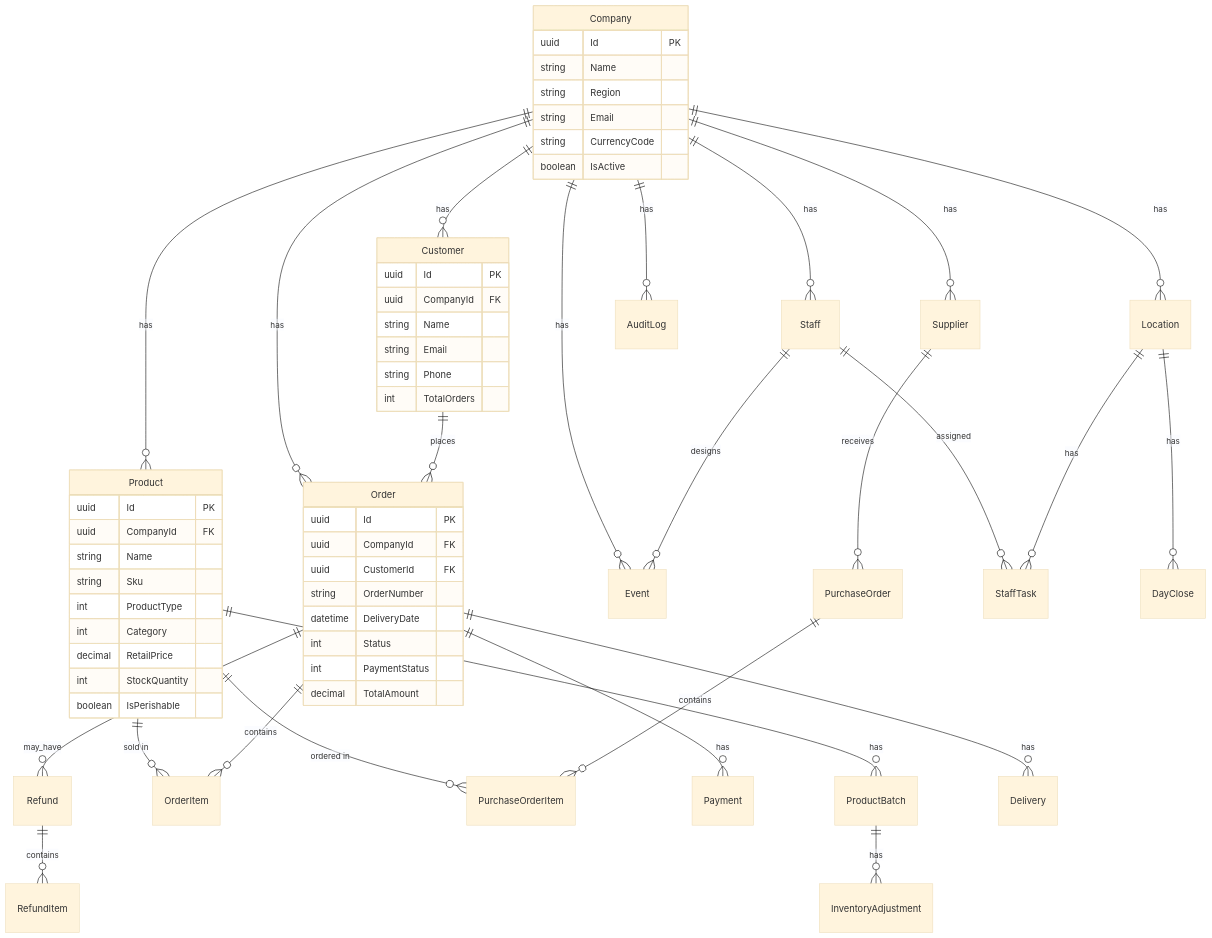
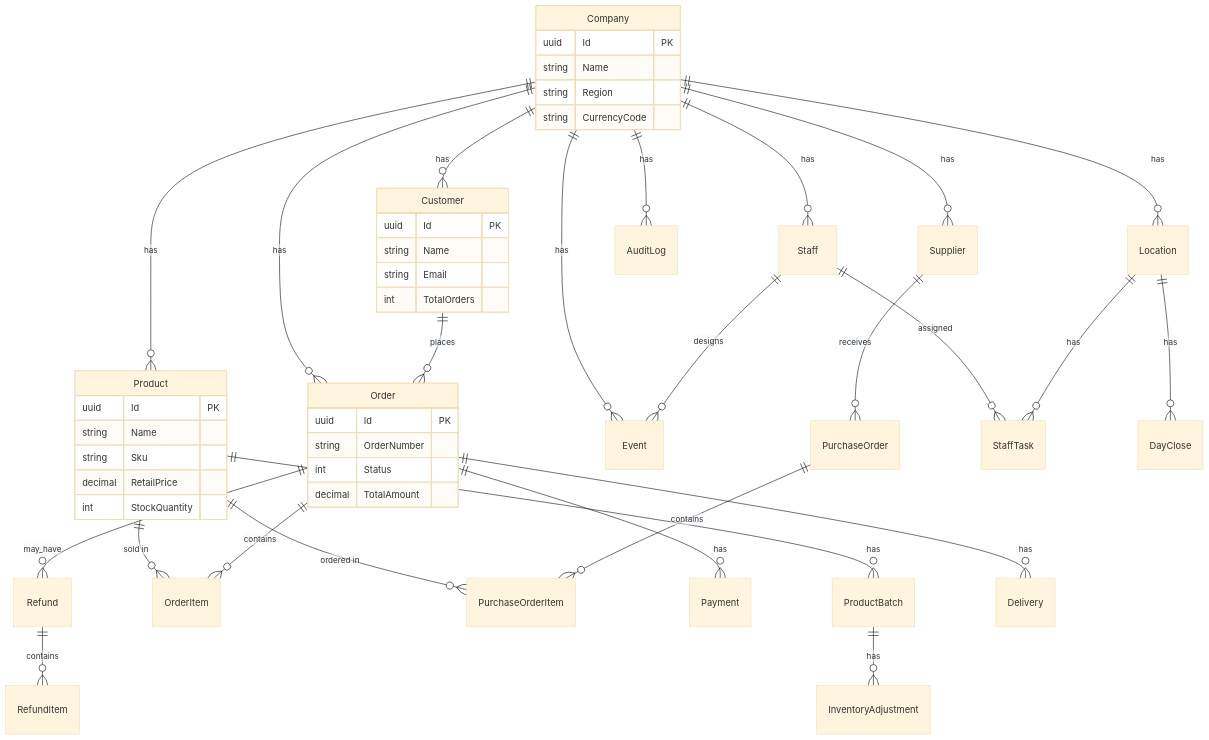
Before and after one commit to justflowerdelhi/floraprise: the eighth of 9 diagrams in README.md, drawn with Mermaid (base theme). The commit also changed other lines of this file, not shown here.

````diff
--- a/README.md
+++ b/README.md
@@ -527,75 +486,63 @@
 ```mermaid
 erDiagram
     Company ||--o{ Location : has
     Company ||--o{ Customer : has
     Company ||--o{ Staff : has
     Company ||--o{ Supplier : has
     Company ||--o{ Product : has
     Company ||--o{ Order : has
     Company ||--o{ Event : has
     Company ||--o{ AuditLog : has
 
     Product ||--o{ ProductBatch : has
     Product ||--o{ OrderItem : "sold in"
     Product ||--o{ PurchaseOrderItem : "ordered in"
 
     ProductBatch ||--o{ InventoryAdjustment : has
 
     Supplier ||--o{ PurchaseOrder : receives
     PurchaseOrder ||--o{ PurchaseOrderItem : contains
 
     Customer ||--o{ Order : places
     Order ||--o{ OrderItem : contains
     Order ||--o{ Payment : has
     Order ||--o{ Refund : may_have
     Order ||--o{ Delivery : has
 
     Refund ||--o{ RefundItem : contains
 
     Staff ||--o{ StaffTask : assigned
     Staff ||--o{ Event : designs
 
     Location ||--o{ DayClose : has
     Location ||--o{ StaffTask : has
 
     Company {
         uuid Id PK
         string Name
         string Region
-        string Email
         string CurrencyCode
-        boolean IsActive
     }
 
     Product {
         uuid Id PK
-        uuid CompanyId FK
         string Name
         string Sku
-        int ProductType
-        int Category
         decimal RetailPrice
         int StockQuantity
-        boolean IsPerishable
     }
 
     Order {
         uuid Id PK
-        uuid CompanyId FK
-        uuid CustomerId FK
         string OrderNumber
-        datetime DeliveryDate
         int Status
-        int PaymentStatus
         decimal TotalAmount
     }
 
     Customer {
         uuid Id PK
-        uuid CompanyId FK
         string Name
         string Email
-        string Phone
         int TotalOrders
     }
 ```
````
